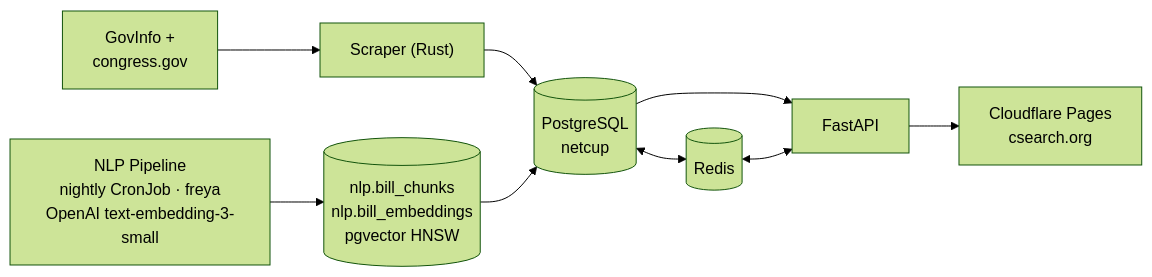
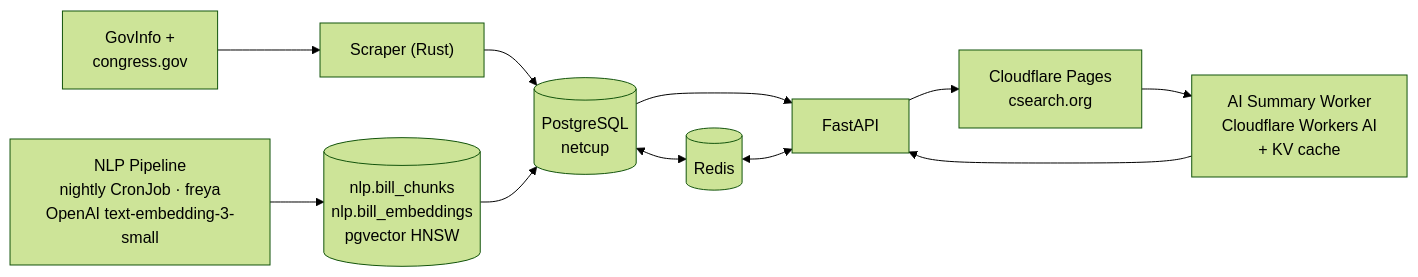
The diagram in README.md (s4njee/csearch), drawn with Mermaid (forest theme) before and after one commit. The commit also changed other lines of this file and 13 other files, not shown here.

First line of the commit message:
Add AI bill-summary Worker and polish docs

````diff
--- a/README.md
+++ b/README.md
@@ -5,15 +49,17 @@
 ```mermaid
 flowchart LR
     src["GovInfo +\ncongress.gov"]
     scraper["Scraper (Rust)"]
     pg[("PostgreSQL\nnetcup")]
     redis[("Redis")]
     api["FastAPI"]
     cf["Cloudflare Pages\ncsearch.org"]
     nlp["NLP Pipeline\nnightly CronJob · freya\nOpenAI text-embedding-3-small"]
     nlpdata[("nlp.bill_chunks\nnlp.bill_embeddings\npgvector HNSW")]
+    ai["AI Summary Worker\nCloudflare Workers AI\n+ KV cache"]
 
     src --> scraper --> pg --> api --> cf
     pg <--> redis <--> api
     nlp --> nlpdata --> pg
+    cf --> ai --> api
 ```
````
